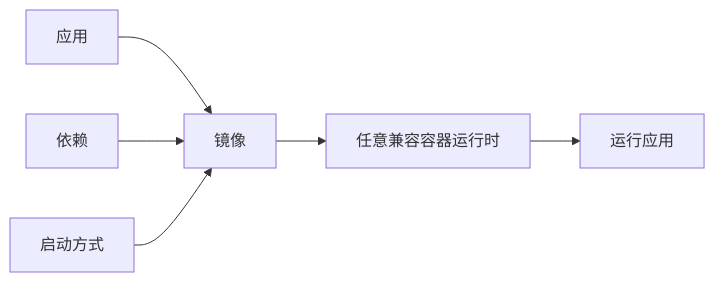
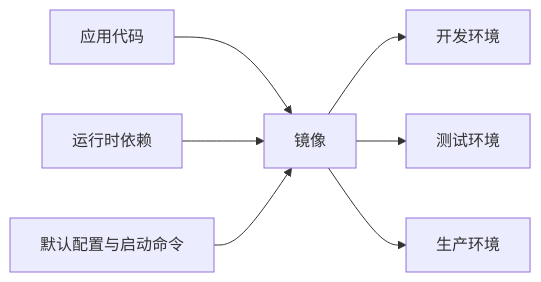
Before and after one commit to yleoer/k8s-learn: the second of 3 diagrams in docs/02-容器基础/1-容器核心概念.md, drawn with Mermaid. The commit also changed other lines of this file and 6 other files, not shown here.

````diff
--- a/docs/02-容器基础/1-容器核心概念.md
+++ b/docs/02-容器基础/1-容器核心概念.md
@@ -47,8 +48,9 @@
 ```mermaid
 flowchart LR
-  app["应用"] --> image["镜像"]
-  deps["依赖"] --> image
-  start["启动方式"] --> image
-  image --> runtime["任意兼容容器运行时"]
-  runtime --> running["运行应用"]
+  code["应用代码"] --> image["镜像"]
+  runtime["运行时依赖"] --> image
+  config["默认配置与启动命令"] --> image
+  image --> dev["开发环境"]
+  image --> test["测试环境"]
+  image --> prod["生产环境"]
 ```
````
